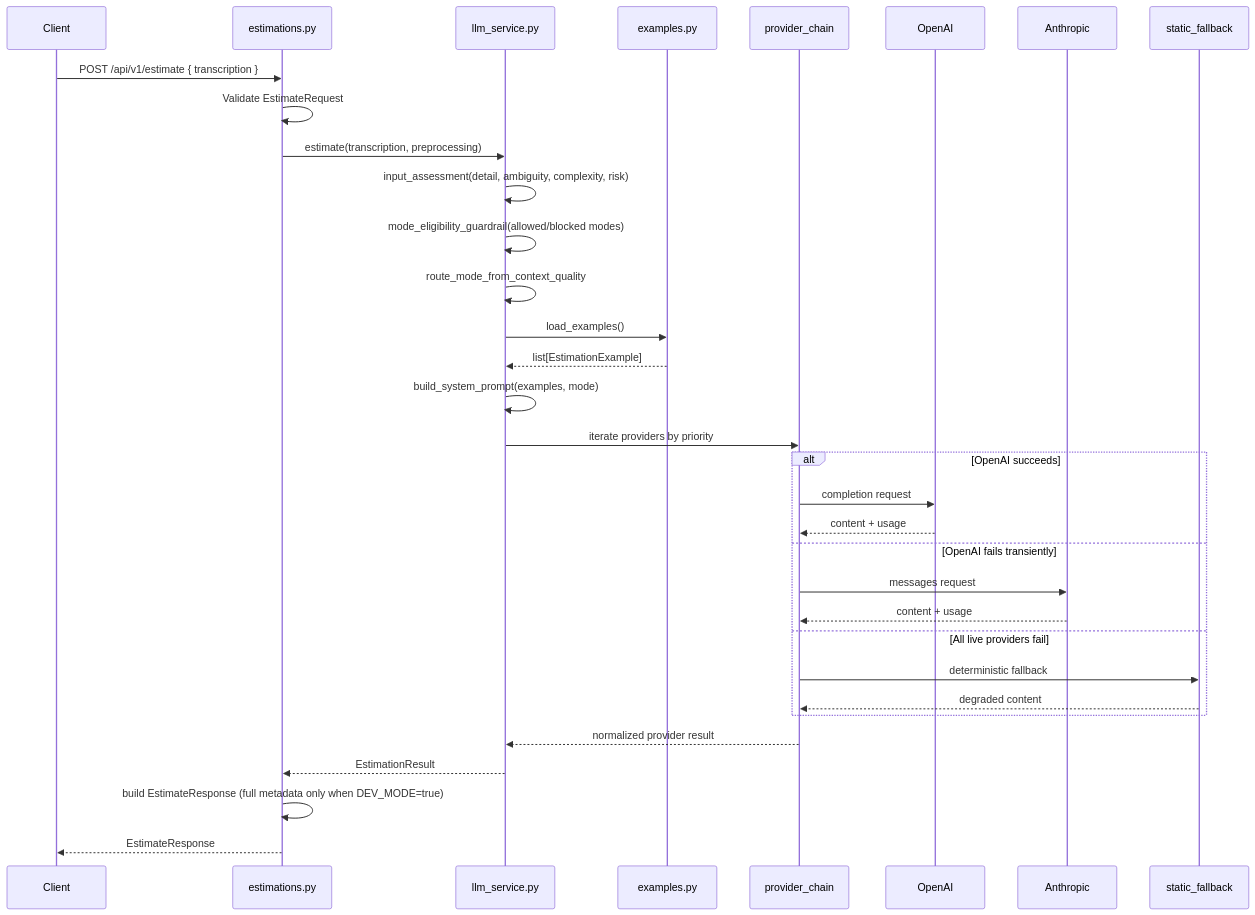
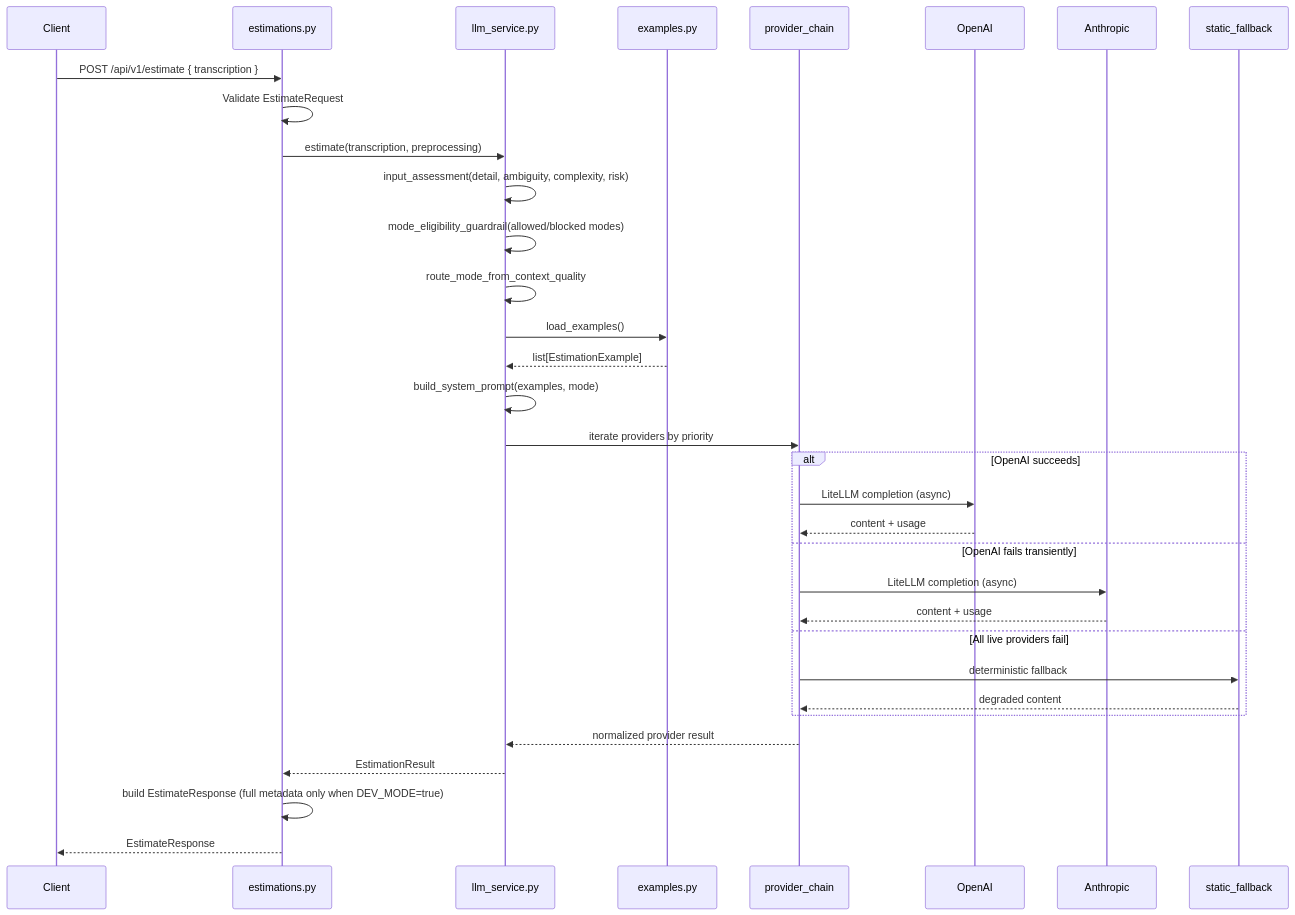
Before and after one commit to povedica/master-ia-lidr: the second of 2 diagrams in proyectos/estimador-cag/docs/technical/README.md, drawn with Mermaid. The commit also changed other lines of this file and 2 other files, not shown here.

Commit message:
docs(estimador-cag): document LiteLLM gateway and feature-006 log

````diff
--- a/proyectos/estimador-cag/docs/technical/README.md
+++ b/proyectos/estimador-cag/docs/technical/README.md
@@ -307,36 +313,36 @@
 ```mermaid
 sequenceDiagram
     participant Client
     participant Router as estimations.py
     participant Service as llm_service.py
     participant Context as examples.py
     participant Chain as provider_chain
     participant OpenAI
     participant Anthropic
     participant Static as static_fallback
 
     Client->>Router: POST /api/v1/estimate { transcription }
     Router->>Router: Validate EstimateRequest
     Router->>Service: estimate(transcription, preprocessing)
     Service->>Service: input_assessment(detail, ambiguity, complexity, risk)
     Service->>Service: mode_eligibility_guardrail(allowed/blocked modes)
     Service->>Service: route_mode_from_context_quality
     Service->>Context: load_examples()
     Context-->>Service: list[EstimationExample]
     Service->>Service: build_system_prompt(examples, mode)
     Service->>Chain: iterate providers by priority
     alt OpenAI succeeds
-        Chain->>OpenAI: completion request
+        Chain->>OpenAI: LiteLLM completion (async)
         OpenAI-->>Chain: content + usage
     else OpenAI fails transiently
-        Chain->>Anthropic: messages request
+        Chain->>Anthropic: LiteLLM completion (async)
         Anthropic-->>Chain: content + usage
     else All live providers fail
         Chain->>Static: deterministic fallback
         Static-->>Chain: degraded content
     end
     Chain-->>Service: normalized provider result
     Service-->>Router: EstimationResult
     Router->>Router: build EstimateResponse (full metadata only when DEV_MODE=true)
     Router-->>Client: EstimateResponse
 ```
````
